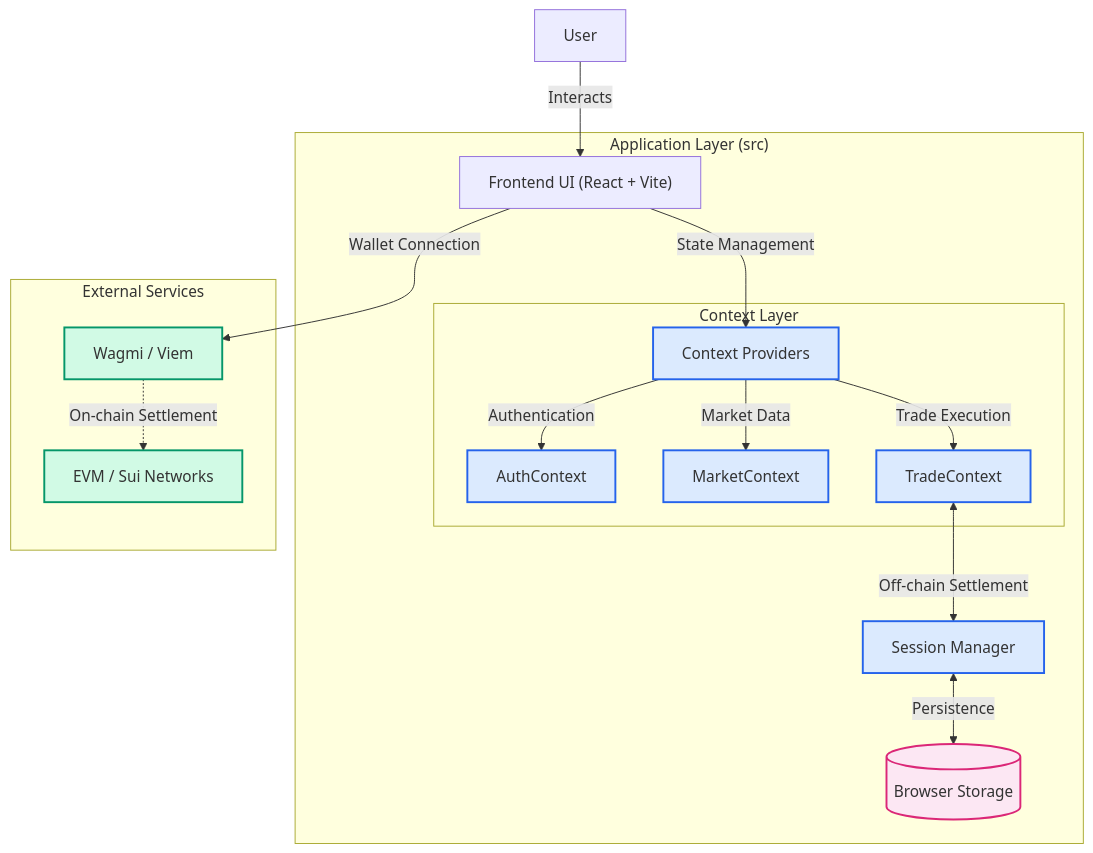
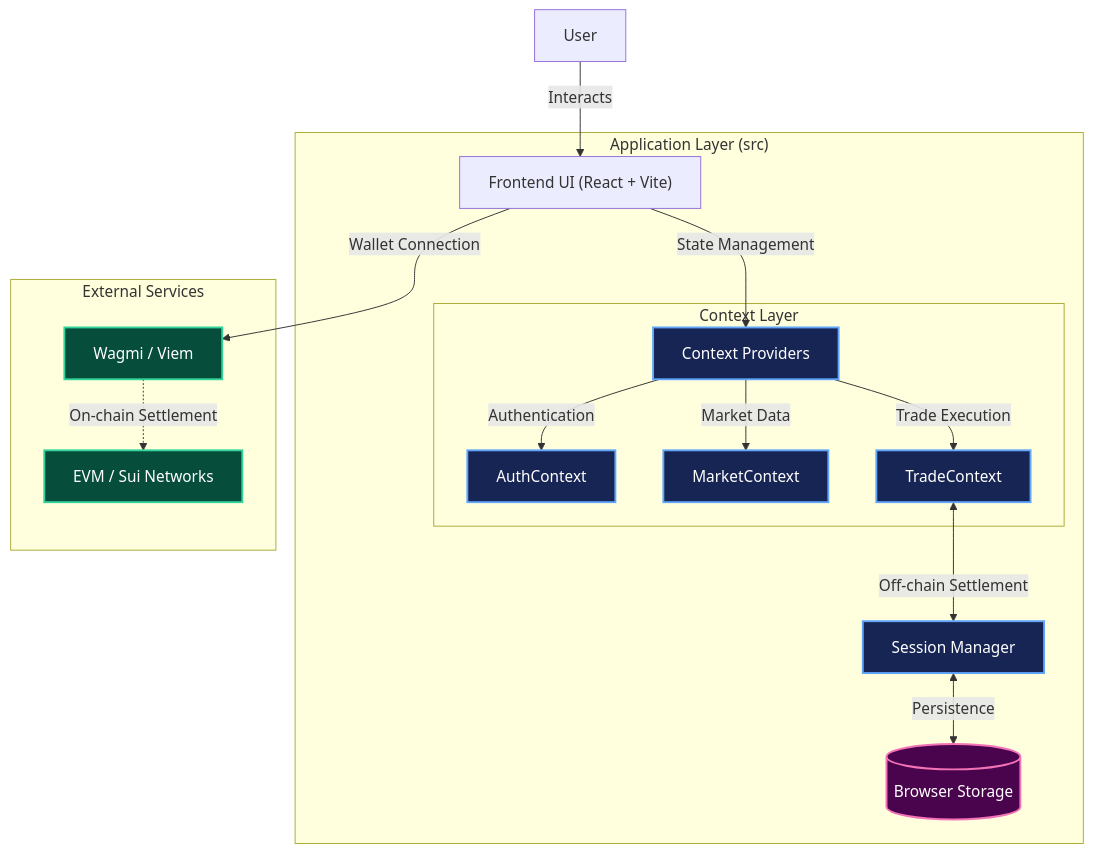
The first of 2 diagrams in README.md (Gokul-social/ScoutX), drawn with Mermaid before and after one commit. The commit also changed other lines of this file, not shown here.

````diff
--- a/README.md
+++ b/README.md
@@ -11,30 +11,30 @@
 ```mermaid
 graph TD
     User[User] -->|Interacts| UI["Frontend UI (React + Vite)"]
 
     subgraph "Application Layer (src)"
         UI -->|State Management| Context[Context Providers]
 
         subgraph "Context Layer"
             Context -->|Authentication| AuthCtx[AuthContext]
             Context -->|Market Data| MarketCtx[MarketContext]
             Context -->|Trade Execution| TradeCtx[TradeContext]
         end
 
         TradeCtx <-->|Off-chain Settlement| SessionMgr[Session Manager]
         SessionMgr <-->|Persistence| LocalStore[("Browser Storage")]
     end
 
     subgraph "External Services"
         UI -->|Wallet Connection| Wagmi["Wagmi / Viem"]
         Wagmi -.->|On-chain Settlement| Blockchain["EVM / Sui Networks"]
     end
 
-    classDef core fill:#dbeafe,stroke:#2563eb,stroke-width:2px;
-    classDef storage fill:#fce7f3,stroke:#db2777,stroke-width:2px;
-    classDef external fill:#d1fae5,stroke:#059669,stroke-width:2px;
+    classDef core fill:#172554,stroke:#60a5fa,stroke-width:2px,color:#fff;
+    classDef storage fill:#4a044e,stroke:#f472b6,stroke-width:2px,color:#fff;
+    classDef external fill:#064e3b,stroke:#34d399,stroke-width:2px,color:#fff;
 
     class SessionMgr,Context,AuthCtx,MarketCtx,TradeCtx core;
     class LocalStore storage;
     class Wagmi,Blockchain external;
 ```
````
